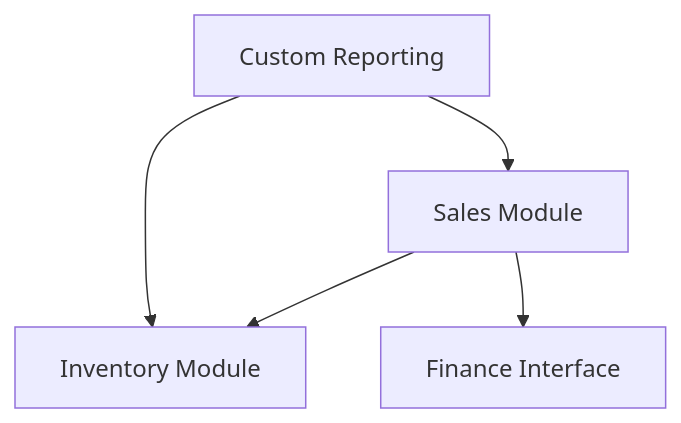
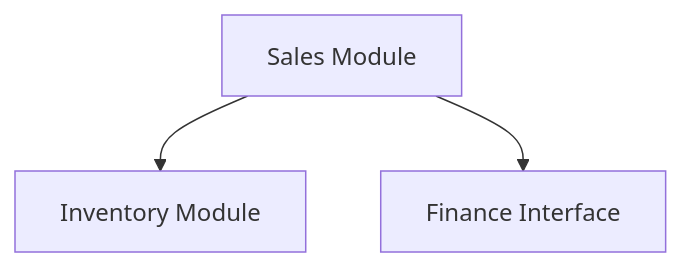
The first of 3 diagrams in GitHub-Copilot-Prompt-for-In-Depth-AL-Project-Analysis.md (FBakkensen/PersonalPrompts), drawn with Mermaid before and after one commit. The commit also changed other lines of this file, not shown here.

````diff
--- a/GitHub-Copilot-Prompt-for-In-Depth-AL-Project-Analysis.md
+++ b/GitHub-Copilot-Prompt-for-In-Depth-AL-Project-Analysis.md
@@ -51,7 +31,5 @@
-        ```mermaid
-        graph TD;
-            ModuleA[Sales Module] --> ModuleB[Inventory Module];
-            ModuleA --> ModuleC[Finance Interface];
-            ModuleD[Custom Reporting] --> ModuleA;
-            ModuleD --> ModuleB;
-        ```
+```mermaid
+graph TD;
+    ModuleA[Sales Module] --> ModuleB[Inventory Module];
+    ModuleA --> ModuleC[Finance Interface];
+```
````
